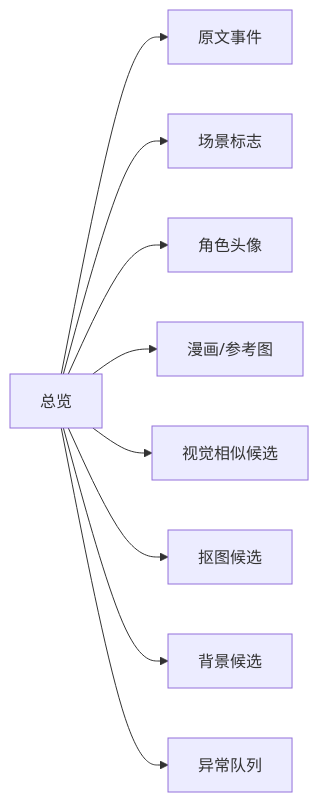
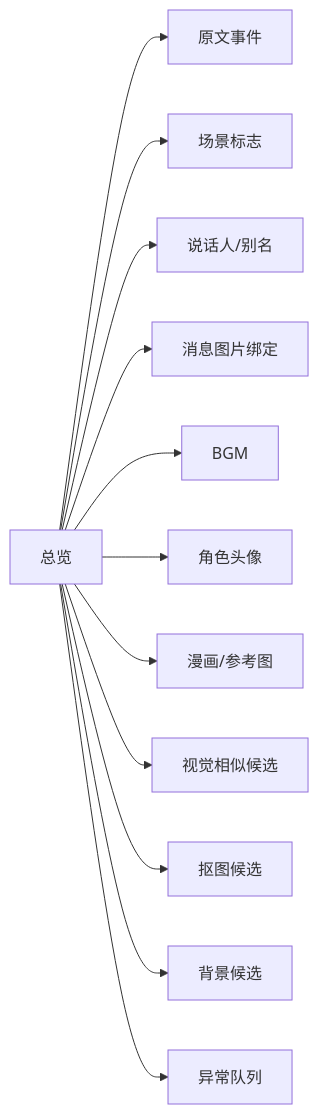
Before and after one commit to starrybamboo/tuan-chat-web: diagram 14 of 14 in docs/reference/gululu-replay-data-cleaning-review.md, drawn with Mermaid. The commit also changed other lines of this file, not shown here.

````diff
--- a/docs/reference/gululu-replay-data-cleaning-review.md
+++ b/docs/reference/gululu-replay-data-cleaning-review.md
@@ -871,11 +1220,14 @@
 ```mermaid
 flowchart LR
   A["总览"] --> B["原文事件"]
   A --> C["场景标志"]
-  A --> D["角色头像"]
-  A --> E["漫画/参考图"]
-  A --> F["视觉相似候选"]
-  A --> G["抠图候选"]
-  A --> H["背景候选"]
-  A --> I["异常队列"]
+  A --> D["说话人/别名"]
+  A --> E["消息图片绑定"]
+  A --> F["BGM"]
+  A --> G["角色头像"]
+  A --> H["漫画/参考图"]
+  A --> I["视觉相似候选"]
+  A --> J["抠图候选"]
+  A --> K["背景候选"]
+  A --> L["异常队列"]
 ```
````
